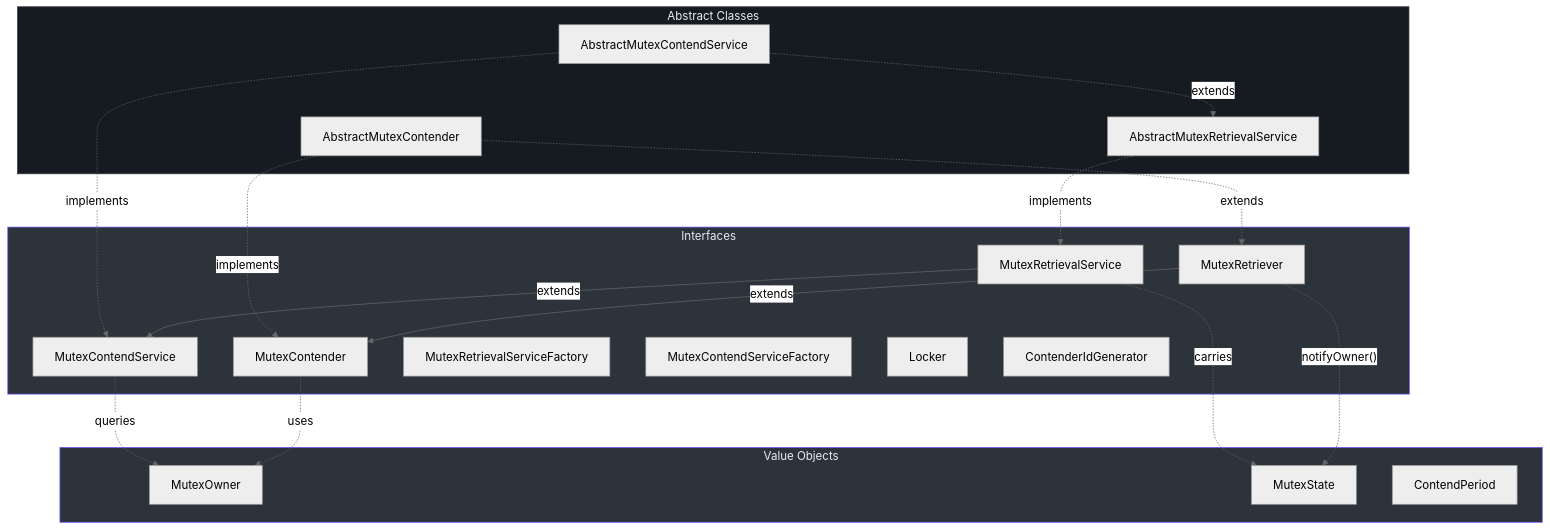
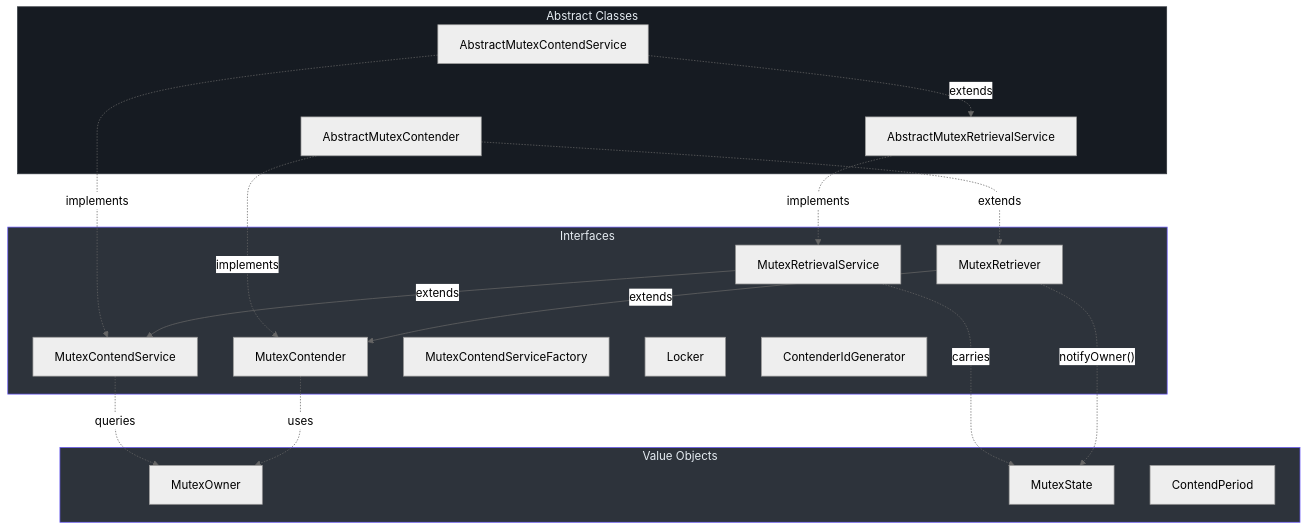
Before and after one commit to Ahoo-Wang/Simba: the sixth of 6 diagrams in wiki/architecture/core-abstractions.md, drawn with Mermaid (neutral theme). The commit also changed other lines of this file and 35 other files, not shown here.

````diff
--- a/wiki/architecture/core-abstractions.md
+++ b/wiki/architecture/core-abstractions.md
@@ -365,41 +354,40 @@
 ```mermaid
 flowchart TD
     subgraph Interfaces["Interfaces"]
         MR["MutexRetriever"]
         MC["MutexContender"]
         MRS["MutexRetrievalService"]
         MCS["MutexContendService"]
-        MRSF["MutexRetrievalServiceFactory"]
         MCSF["MutexContendServiceFactory"]
         LOCKER["Locker"]
         CID["ContenderIdGenerator"]
     end
 
     subgraph Abstracts["Abstract Classes"]
         AMR["AbstractMutexRetrievalService"]
         AMC["AbstractMutexContendService"]
         AMCT["AbstractMutexContender"]
     end
 
     subgraph Values["Value Objects"]
         MO["MutexOwner"]
         MST["MutexState"]
         CP["ContendPeriod"]
     end
 
     MR -->|"extends"| MC
     MRS -->|"extends"| MCS
     MR -.->|"notifyOwner()"| MST
     MC -.->|"uses"| MO
     MRS -.->|"carries"| MST
     MCS -.->|"queries"| MO
     AMR -.->|"implements"| MRS
     AMC -.->|"extends"| AMR
     AMC -.->|"implements"| MCS
     AMCT -.->|"implements"| MC
     AMCT -.->|"extends"| MR
 
     style Interfaces fill:#2d333b,stroke:#6d5dfc,color:#e6edf3
     style Abstracts fill:#161b22,stroke:#30363d,color:#e6edf3
     style Values fill:#2d333b,stroke:#6d5dfc,color:#e6edf3
 ```
````
